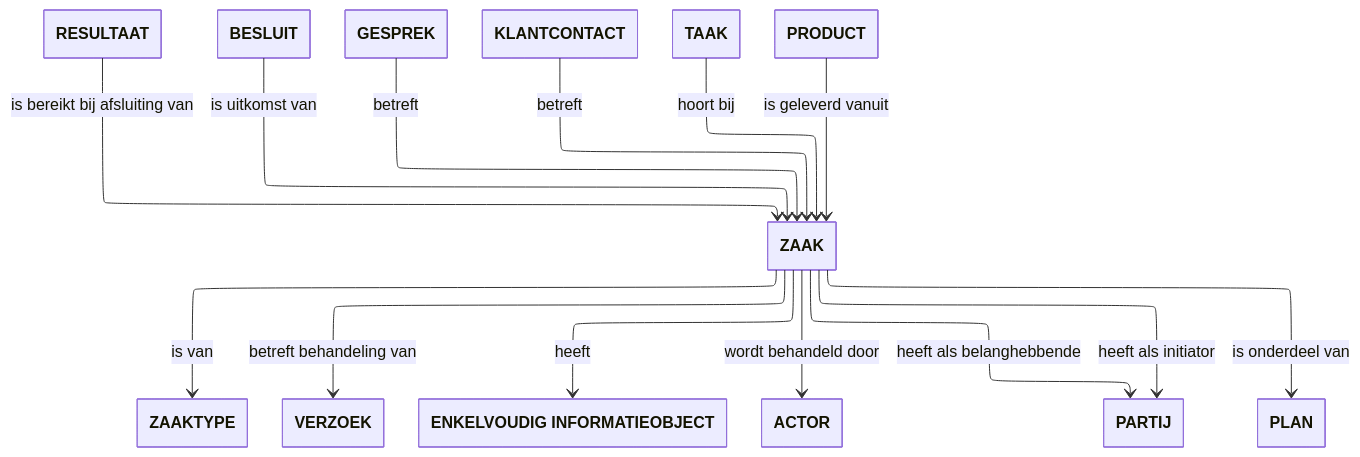
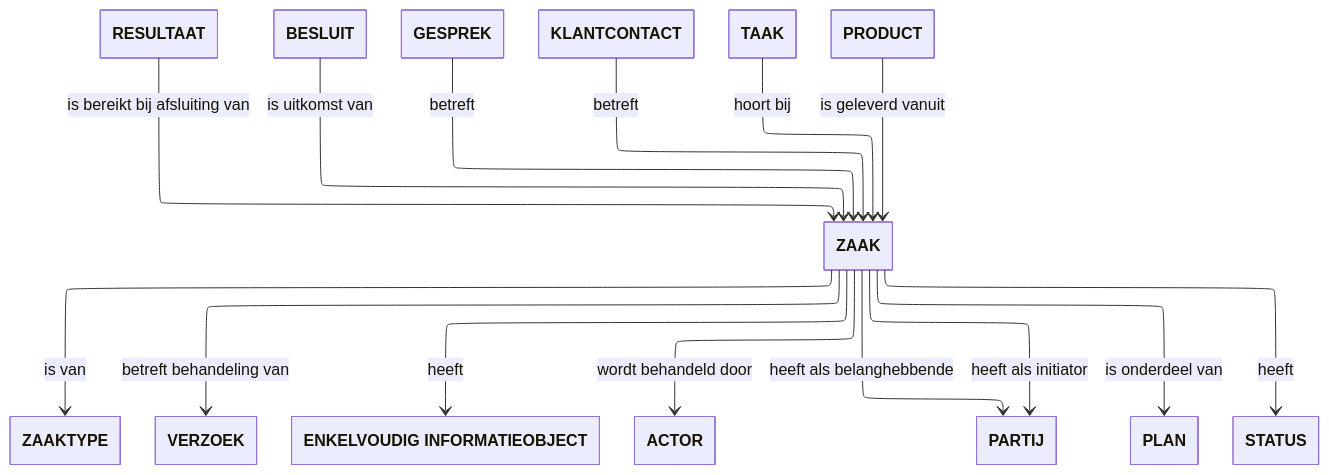
The diagram in docs/mijn-services/bouwstenen/mijn-zaken/index.md (VNG-Realisatie/mijn-services-documentatie), drawn with Mermaid before and after one commit. The commit also changed other lines of this file, not shown here.

Commit message:
Status als objecttype toegevoegd aan BOM

````diff
--- a/docs/mijn-services/bouwstenen/mijn-zaken/index.md
+++ b/docs/mijn-services/bouwstenen/mijn-zaken/index.md
@@ -44,37 +44,39 @@
 ```mermaid
 ---
 config:
   layout: elk
   class:
     hideEmptyMembersBox: true
 ---
 classDiagram
 direction TB
     class ZAAK
     class RESULTAAT
     class BESLUIT
     class GESPREK
     class KLANTCONTACT
     class ZAAKTYPE
     class VERZOEK
     class TAAK
     class ENKINFOOBJ["ENKELVOUDIG INFORMATIEOBJECT"]
     class PRODUCT
     class ACTOR
     class PARTIJ
     class PLAN
+    class STATUS
 
     RESULTAAT --> ZAAK : is bereikt bij afsluiting van
     BESLUIT --> ZAAK : is uitkomst van
     GESPREK --> ZAAK : betreft
     KLANTCONTACT --> ZAAK : betreft
     PRODUCT --> ZAAK : is geleverd vanuit
+    ZAAK --> STATUS : heeft
     TAAK --> ZAAK : hoort bij
     ZAAK --> ZAAKTYPE : is van
     ZAAK --> VERZOEK : betreft behandeling van
     ZAAK --> ENKINFOOBJ : heeft
     ZAAK --> ACTOR : wordt behandeld door
     ZAAK --> PARTIJ : heeft als initiator
     ZAAK --> PARTIJ : heeft als belanghebbende
     ZAAK --> PLAN : is onderdeel van
 ```
````
